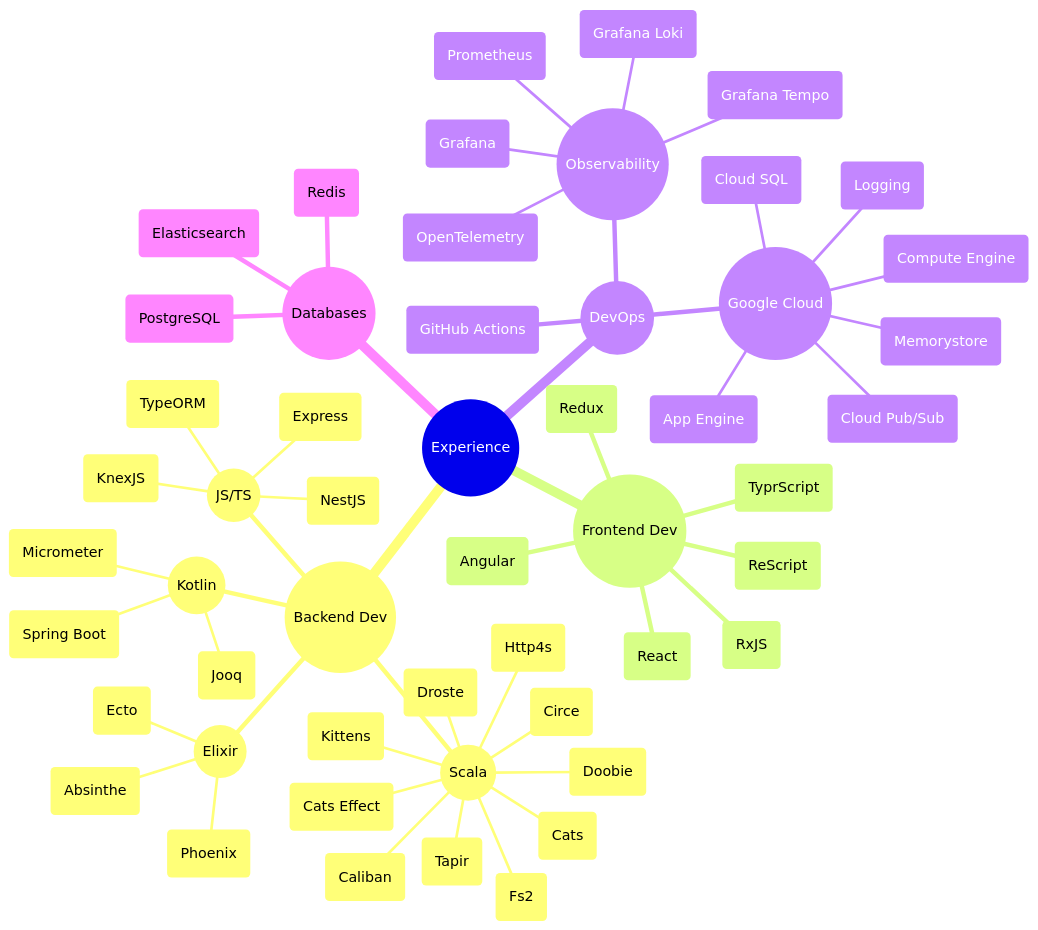
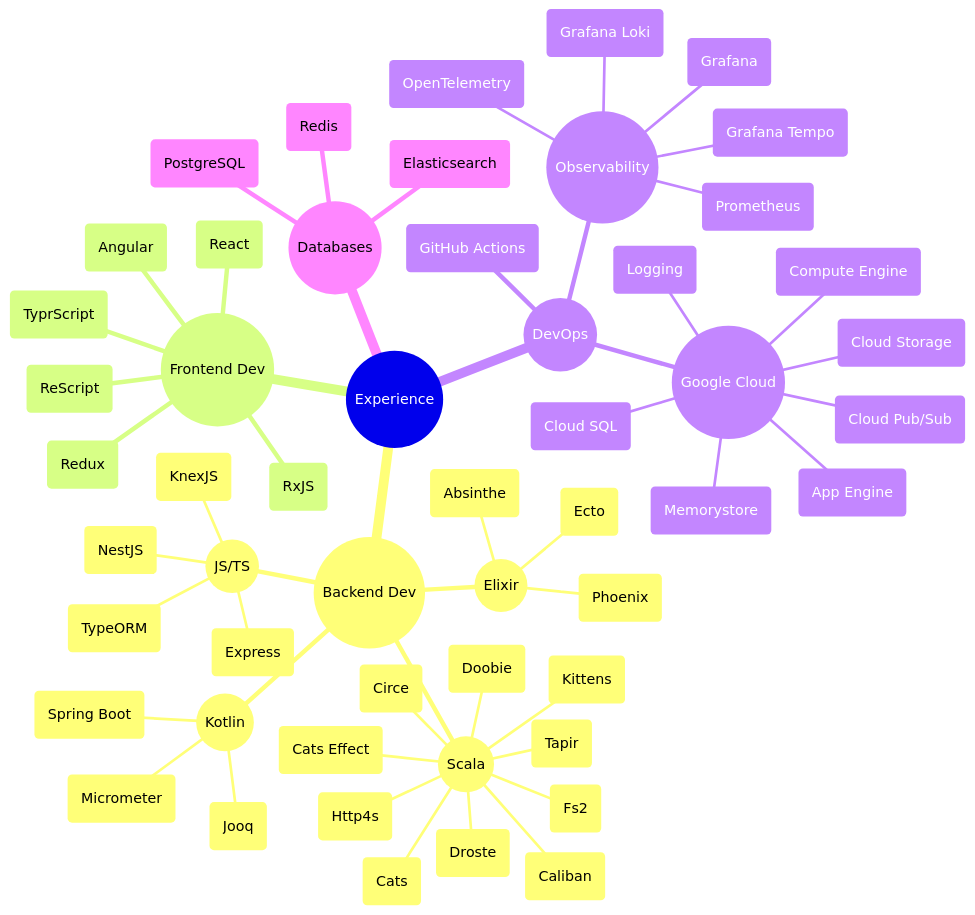
The first of 2 diagrams in README.md (m-tabaza/Tabzz98), drawn with Mermaid before and after one commit.

````diff
--- a/README.md
+++ b/README.md
@@ -21,63 +21,64 @@
 ```mermaid
 mindmap
   root((Experience))
     ((Backend Dev))
       ((Scala))
         (Cats)
         (Cats Effect)
         (Kittens)
         (Droste)
         (Http4s)
         (Doobie)
         (Tapir)
         (Fs2)
         (Caliban)
         (Circe)
 
       ((Kotlin))
         (Spring Boot)
         (Micrometer)
         (Jooq)
   
       ((Elixir))
         (Ecto)
         (Absinthe)
         (Phoenix)
   
       ((JS/TS))
         (Express)
         (NestJS)
         (TypeORM)
         (KnexJS)
       
     ((Frontend Dev))
       (React)
       (Redux)
       (RxJS)
       (Angular)
       (TyprScript)
       (ReScript)
       
     ((DevOps))
       (GitHub Actions)
 
       ((Observability))
         (OpenTelemetry)
         (Grafana)
         (Grafana Tempo)
         (Grafana Loki)
         (Prometheus)
 
       ((Google Cloud))
         (App Engine)
         (Compute Engine)
         (Cloud SQL)
         (Memorystore)
         (Cloud Pub/Sub)
         (Logging)
+        (Cloud Storage)
 
     ((Databases))
       (PostgreSQL)
       (Redis)
       (Elasticsearch)
 ```
````
